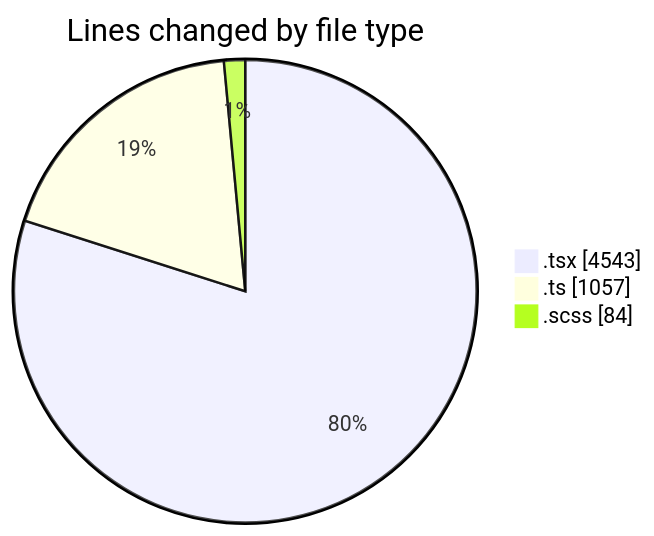
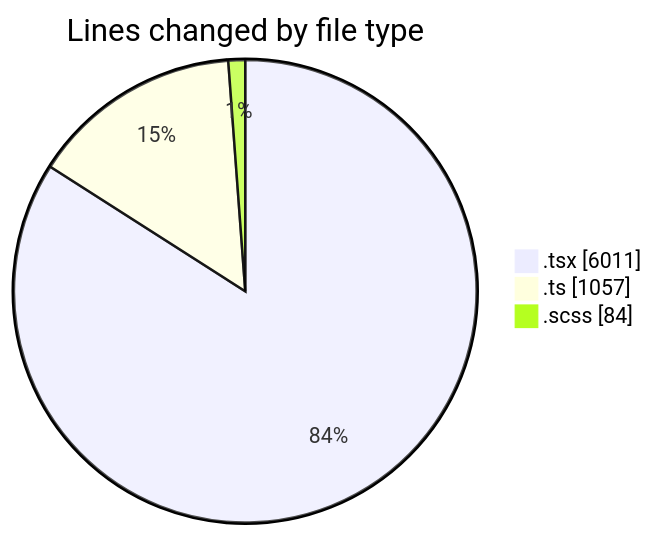
Before and after one commit to momahboobian/code-tracking: the first of 2 diagrams in 2025-07-02/cda/README.md, drawn with Mermaid. The commit also changed other lines of this file and 1 other file, not shown here.

````diff
--- a/2025-07-02/cda/README.md
+++ b/2025-07-02/cda/README.md
@@ -34,7 +37,7 @@
 ```mermaid
 pie showData
 title Lines changed by file type
-".tsx" : 4543
+".tsx" : 6011
 ".ts" : 1057
 ".scss" : 84
 ```
````
